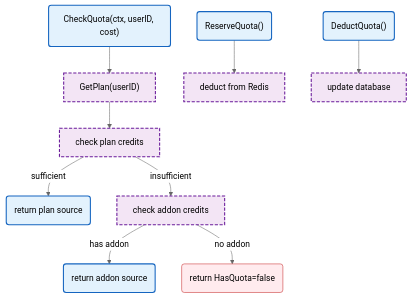
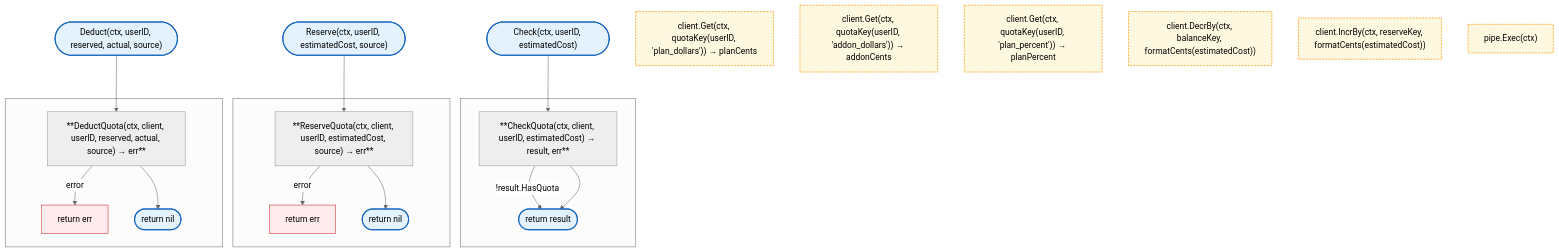
One commit to radch-ai/ava changed the diagram in docs/internal/llm-proxy/quota.md. Above: the diagram before and after it, drawn with Mermaid (neutral theme). The commit also changed other lines of this file and 24 other files, not shown here.

````diff
--- a/docs/internal/llm-proxy/quota.md
+++ b/docs/internal/llm-proxy/quota.md
@@ -7,20 +7,48 @@
 ```mermaid
 flowchart TB
-    Start("CheckQuota(ctx, userID, cost)") --> GetPlan["GetPlan(userID)"]
-    GetPlan --> CheckPlan["check plan credits"]
-    CheckPlan -->|sufficient| ReturnPlan("return plan source")
-    CheckPlan -->|insufficient| CheckAddon["check addon credits"]
-    CheckAddon -->|has addon| ReturnAddon("return addon source")
-    CheckAddon -->|no addon| NoQuota("return HasQuota=false")
+    StartCheck(["Check(ctx, userID, estimatedCost)"]) --> HCheckQuota
 
-    Reserve("ReserveQuota()") --> DeductRedis["deduct from Redis"]
-    Deduct("DeductQuota()") --> UpdateDB["update database"]
+    subgraph SGCheckQuota [" "]
+        HCheckQuota["**CheckQuota(ctx, client, userID, estimatedCost) → result, err**"]
+        HCheckQuota -->|!result.HasQuota| DoneCheck(["return result"])
+        HCheckQuota --> DoneCheck
+    end
+
+    StartReserve(["Reserve(ctx, userID, estimatedCost, source)"]) --> HReserveQuota
+
+    subgraph SGReserveQuota [" "]
+        HReserveQuota["**ReserveQuota(ctx, client, userID, estimatedCost, source) → err**"]
+        HReserveQuota -->|error| E1["return err"]
+        HReserveQuota --> DoneReserve(["return nil"])
+    end
+
+    StartDeduct(["Deduct(ctx, userID, reserved, actual, source)"]) --> HDeductQuota
+
+    subgraph SGDeductQuota [" "]
+        HDeductQuota["**DeductQuota(ctx, client, userID, reserved, actual, source) → err**"]
+        HDeductQuota -->|error| E2["return err"]
+        HDeductQuota --> DoneDeduct(["return nil"])
+    end
+
+    GetPlan["client.Get(ctx, quotaKey(userID, 'plan_dollars')) → planCents"]
+    GetAddon["client.Get(ctx, quotaKey(userID, 'addon_dollars')) → addonCents"]
+    GetPercent["client.Get(ctx, quotaKey(userID, 'plan_percent')) → planPercent"]
+    DecrBalance["client.DecrBy(ctx, balanceKey, formatCents(estimatedCost))"]
+    IncrReserve["client.IncrBy(ctx, reserveKey, formatCents(estimatedCost))"]
+    ExecPipe["pipe.Exec(ctx)"]
+
+    click GetPlan href "https://pkg.go.dev/github.com/redis/go-redis/v9#Client.Get"
+    click GetAddon href "https://pkg.go.dev/github.com/redis/go-redis/v9#Client.Get"
+    click GetPercent href "https://pkg.go.dev/github.com/redis/go-redis/v9#Client.Get"
+    click DecrBalance href "https://pkg.go.dev/github.com/redis/go-redis/v9#Client.DecrBy"
+    click IncrReserve href "https://pkg.go.dev/github.com/redis/go-redis/v9#Client.IncrBy"
+    click ExecPipe href "https://pkg.go.dev/github.com/redis/go-redis/v9#Pipeline.Exec"
 
     classDef mainFn fill:#e3f2fd,stroke:#1565c0,stroke-width:2px
-    classDef internalFn fill:#f3e5f5,stroke:#6a1b9a,stroke-width:2px,stroke-dasharray:6 3
+    classDef localPkgs fill:#fff8e1,stroke:#f9a825,stroke-width:1.5px,stroke-dasharray:4 2
     classDef errorFlow fill:#ffebee,stroke:#c62828,stroke-width:1px
 
-    class Start,Reserve,Deduct,ReturnPlan,ReturnAddon mainFn
-    class GetPlan,CheckPlan,CheckAddon,DeductRedis,UpdateDB internalFn
-    class NoQuota errorFlow
+    class StartCheck,DoneCheck,StartReserve,DoneReserve,StartDeduct,DoneDeduct mainFn
+    class GetPlan,GetAddon,GetPercent,DecrBalance,IncrReserve,ExecPipe localPkgs
+    class E1,E2 errorFlow
 ```
````
